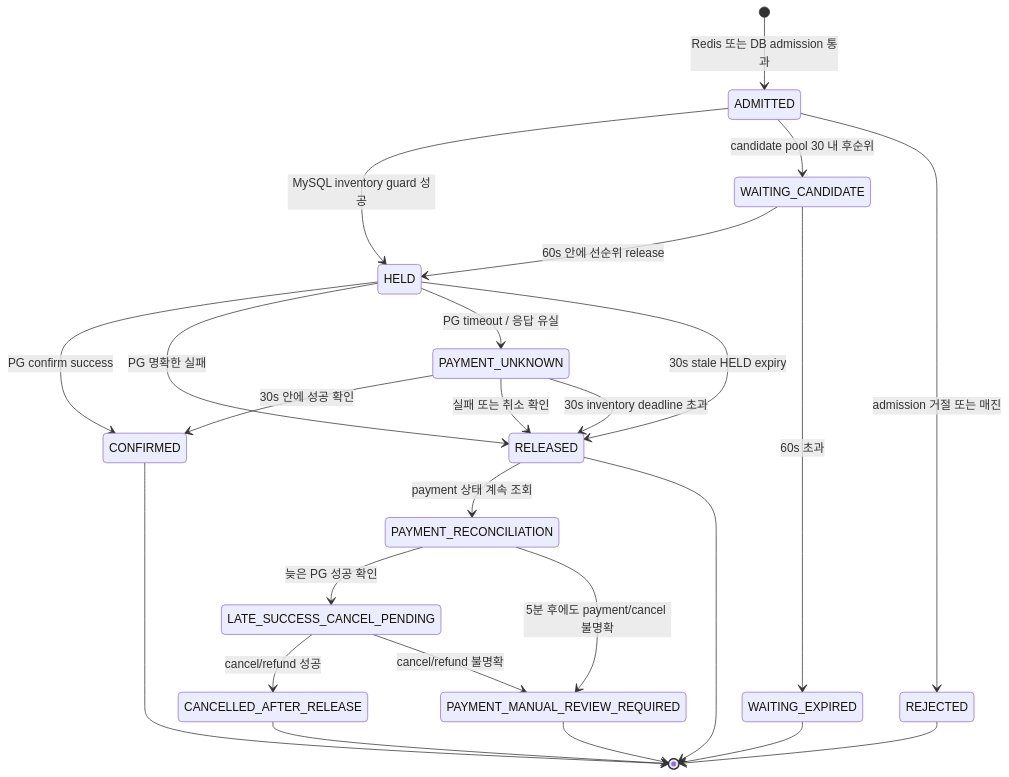
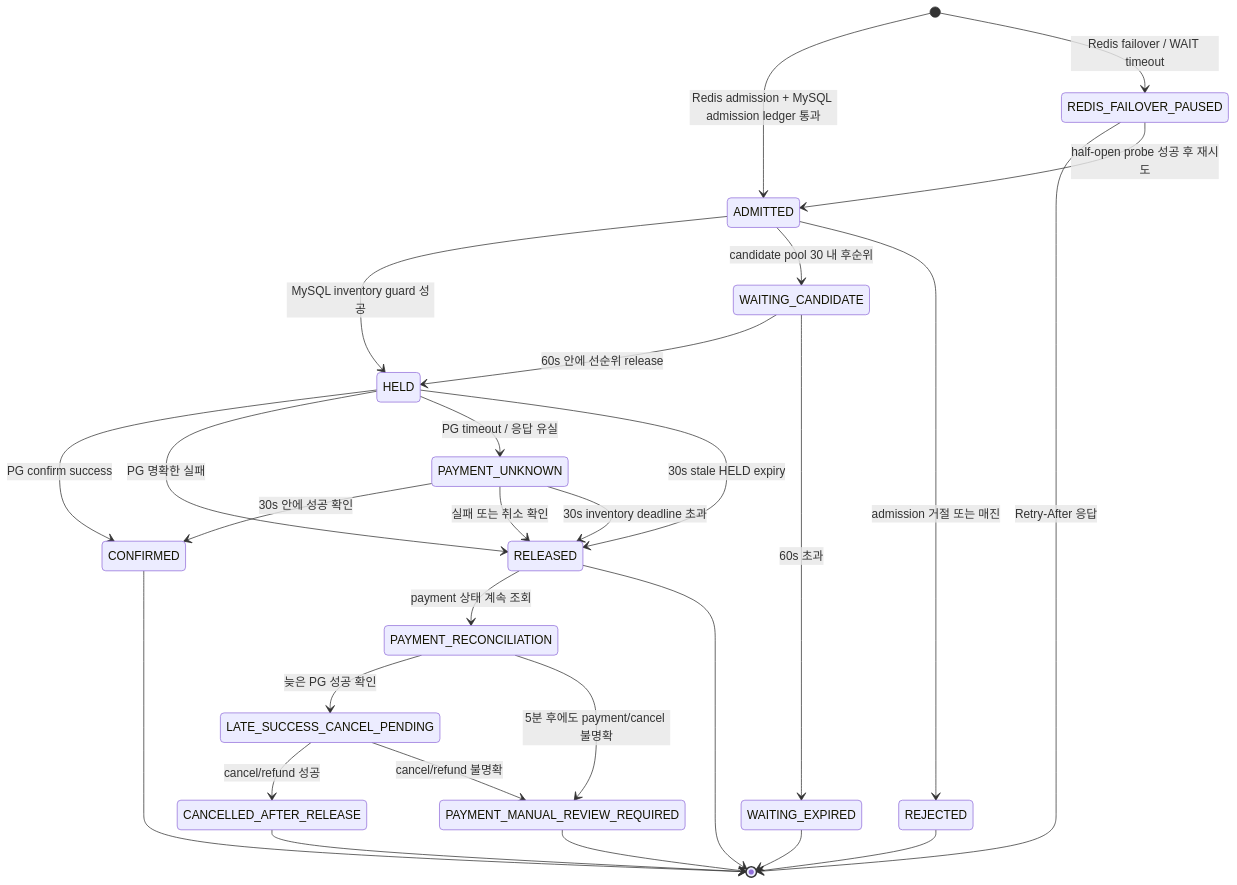
The sixth of 6 diagrams in docs/system-design/booking-user-flow-mermaid.md (lsh1215/peak-booking-system), drawn with Mermaid before and after one commit. The commit also changed other lines of this file and 9 other files, not shown here.

First line of the commit message:
docs: record Redis HA failover decisions

````diff
--- a/docs/system-design/booking-user-flow-mermaid.md
+++ b/docs/system-design/booking-user-flow-mermaid.md
@@ -222,27 +217,30 @@
 ```mermaid
 stateDiagram-v2
-    [*] --> ADMITTED: Redis 또는 DB admission 통과
+    [*] --> ADMITTED: Redis admission + MySQL admission ledger 통과
+    [*] --> REDIS_FAILOVER_PAUSED: Redis failover / WAIT timeout
+    REDIS_FAILOVER_PAUSED --> [*]: Retry-After 응답
+    REDIS_FAILOVER_PAUSED --> ADMITTED: half-open probe 성공 후 재시도
     ADMITTED --> HELD: MySQL inventory guard 성공
     ADMITTED --> WAITING_CANDIDATE: candidate pool 30 내 후순위
     ADMITTED --> REJECTED: admission 거절 또는 매진
     WAITING_CANDIDATE --> HELD: 60s 안에 선순위 release
     WAITING_CANDIDATE --> WAITING_EXPIRED: 60s 초과
     HELD --> CONFIRMED: PG confirm success
     HELD --> RELEASED: PG 명확한 실패
     HELD --> PAYMENT_UNKNOWN: PG timeout / 응답 유실
     HELD --> RELEASED: 30s stale HELD expiry
     PAYMENT_UNKNOWN --> CONFIRMED: 30s 안에 성공 확인
     PAYMENT_UNKNOWN --> RELEASED: 실패 또는 취소 확인
     PAYMENT_UNKNOWN --> RELEASED: 30s inventory deadline 초과
     RELEASED --> PAYMENT_RECONCILIATION: payment 상태 계속 조회
     PAYMENT_RECONCILIATION --> LATE_SUCCESS_CANCEL_PENDING: 늦은 PG 성공 확인
     LATE_SUCCESS_CANCEL_PENDING --> CANCELLED_AFTER_RELEASE: cancel/refund 성공
     LATE_SUCCESS_CANCEL_PENDING --> PAYMENT_MANUAL_REVIEW_REQUIRED: cancel/refund 불명확
     PAYMENT_RECONCILIATION --> PAYMENT_MANUAL_REVIEW_REQUIRED: 5분 후에도 payment/cancel 불명확
     CONFIRMED --> [*]
     RELEASED --> [*]
     PAYMENT_MANUAL_REVIEW_REQUIRED --> [*]
     CANCELLED_AFTER_RELEASE --> [*]
     WAITING_EXPIRED --> [*]
     REJECTED --> [*]
 ```
````
